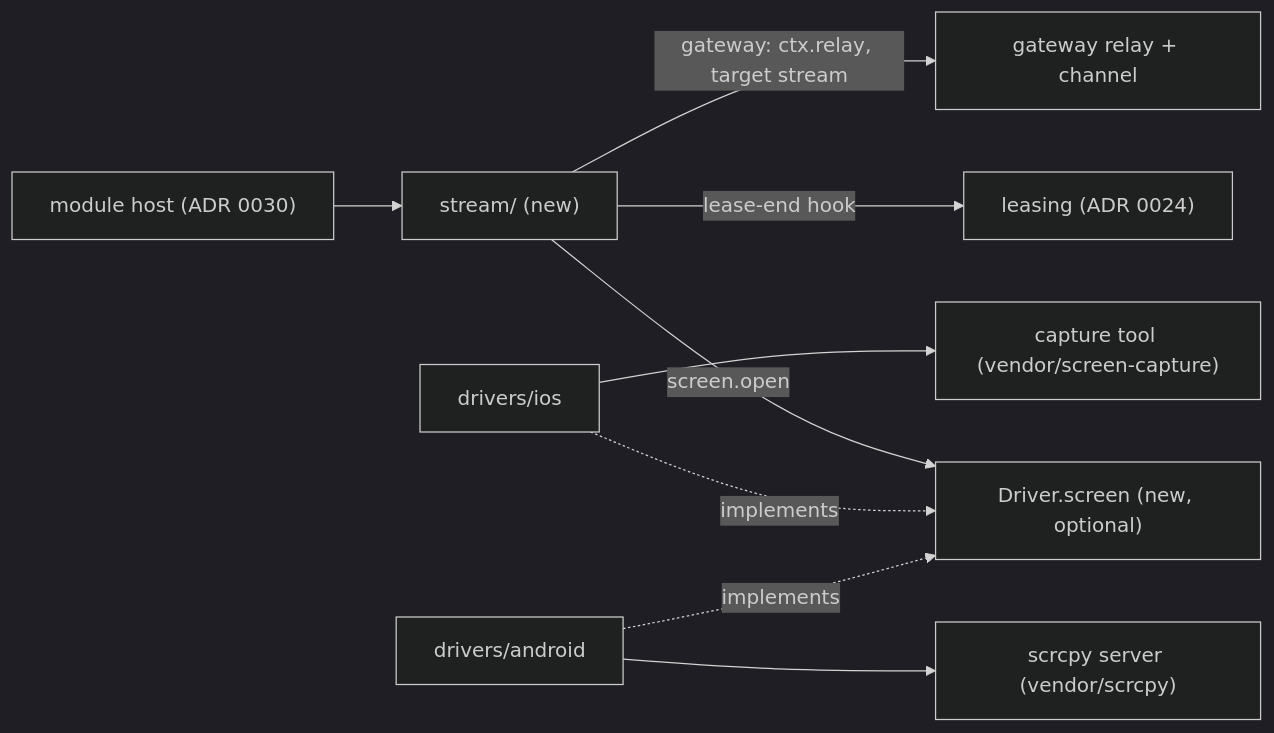
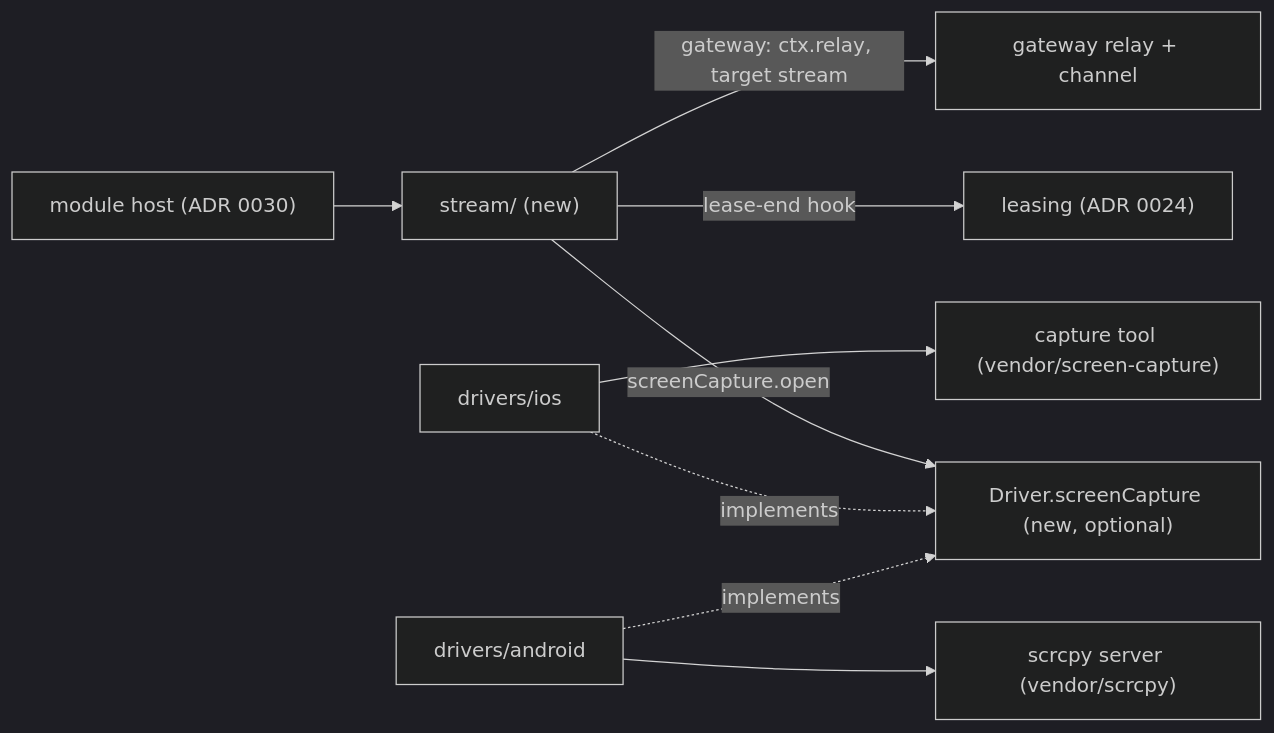
One commit to callstackincubator/simlock changed the first of 3 diagrams in docs/internal/adr/0031-a-screen-stream-is-an-optional-module-and-a-driver-films-the-device.md. Above: the diagram before and after it, drawn with Mermaid (dark theme). The commit also changed other lines of this file, not shown here.

First line of the commit message:
docs(adr): 0031 amends ADR 0028's relay deadline, and records the driver capability as built

````diff
--- a/docs/internal/adr/0031-a-screen-stream-is-an-optional-module-and-a-driver-films-the-device.md
+++ b/docs/internal/adr/0031-a-screen-stream-is-an-optional-module-and-a-driver-films-the-device.md
@@ -51,11 +52,11 @@
 ```mermaid
 flowchart LR
   HOST["module host (ADR 0030)"] --> ST["stream/ (new)"]
   ST -->|"lease-end hook"| L["leasing (ADR 0024)"]
-  ST -->|"screen.open"| DRV["Driver.screen (new, optional)"]
+  ST -->|"screenCapture.open"| DRV["Driver.screenCapture (new, optional)"]
   IOS["drivers/ios"] -.implements.-> DRV
   AND["drivers/android"] -.implements.-> DRV
   IOS --> T["capture tool (vendor/screen-capture)"]
   AND --> J["scrcpy server (vendor/scrcpy)"]
   ST -->|"gateway: ctx.relay, target stream"| R["gateway relay + channel"]
 ```
````
